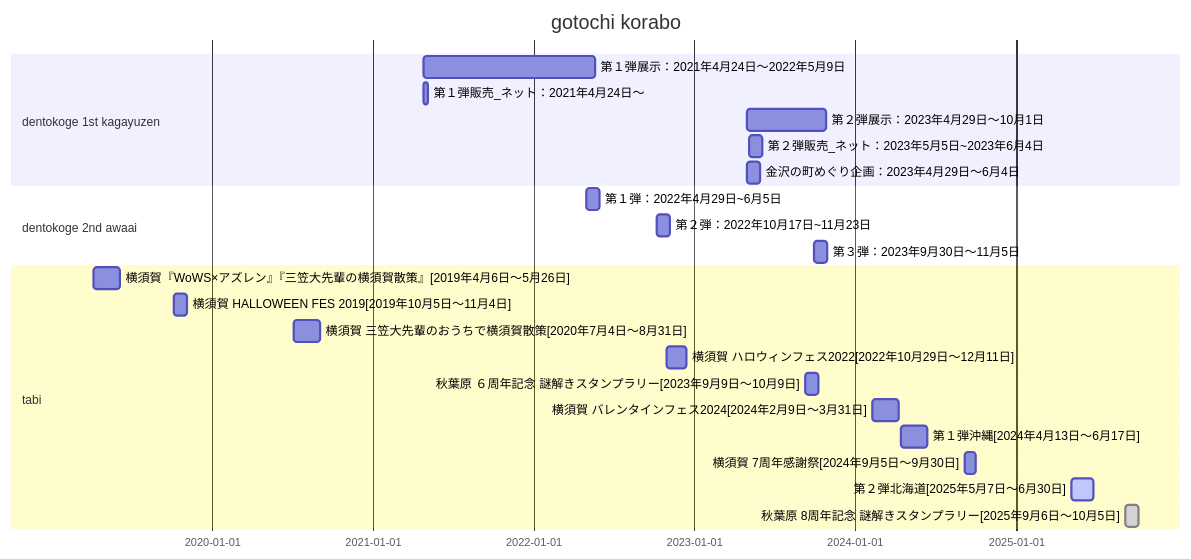
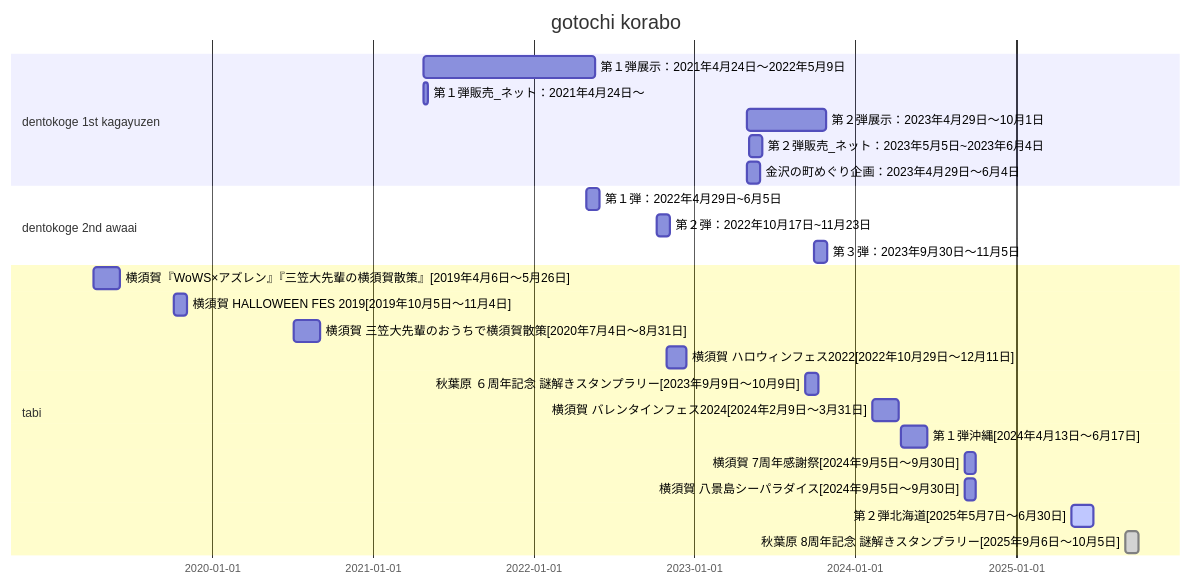
Before and after one commit to JihongNMI/SQL-and-Java: the diagram in 정리_세계시간.md, drawn with Mermaid. The commit also changed other lines of this file, not shown here.

````diff
--- a/정리_세계시간.md
+++ b/정리_세계시간.md
@@ -1,36 +1,37 @@
 ```mermaid
 gantt
     title gotochi korabo
     dateFormat  YYYY-MM-DD
 
     section dentokoge 1st kagayuzen
     第１弾展示：2021年4月24日～2022年5月9日    :    2021-04-24, 390d
     第１弾販売_ネット：2021年4月24日～    :    2021-04-24, 10d
     
     第２弾展示：2023年4月29日～10月1日    :    2023-04-29, 180d
     第２弾販売_ネット：2023年5月5日~2023年6月4日    :    2023-05-05, 30d
     金沢の町めぐり企画：2023年4月29日～6月4日    :    2023-04-29, 30d
 
     section dentokoge 2nd awaai
     第１弾：2022年4月29日~6月5日    :    2022-04-29, 30d
     第２弾：2022年10月17日~11月23日    :    2022-10-07, 30d
     第３弾：2023年9月30日～11月5日    :    2023-09-30, 30d
 
     section tabi
     横須賀『WoWS×アズレン』『三笠大先輩の横須賀散策』[2019年4月6日～5月26日]    :    2019-04-06, 60d
     横須賀 HALLOWEEN FES 2019[2019年10月5日～11月4日]    :    2019-10-05, 30d
 
     横須賀 三笠大先輩のおうちで横須賀散策[2020年7月4日～8月31日]    :    2020-07-04, 60d
 
     横須賀 ハロウィンフェス2022[2022年10月29日～12月11日]    :    2022-10-29, 45d
 
     秋葉原 ６周年記念 謎解きスタンプラリー[2023年9月9日～10月9日]    :    2023-09-09, 30d
 
     横須賀 バレンタインフェス2024[2024年2月9日～3月31日]    :    2024-02-09, 60d
     第１弾沖縄[2024年4月13日～6月17日]    :    2024-04-13, 60d
     横須賀 7周年感謝祭[2024年9月5日～9月30日]    :    2024-09-05, 25d
+    横須賀 八景島シーパラダイス[2024年9月5日～9月30日]    :    2024-09-05, 25d
 
     第２弾北海道[2025年5月7日～6月30日]    :    active, 2025-05-07, 50d
     秋葉原 8周年記念 謎解きスタンプラリー[2025年9月6日～10月5日]    :    done, 2025-09-06, 30d
 
 ```
````
